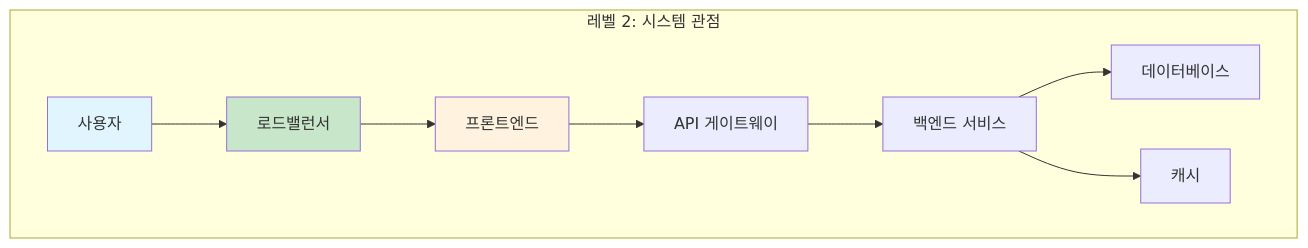
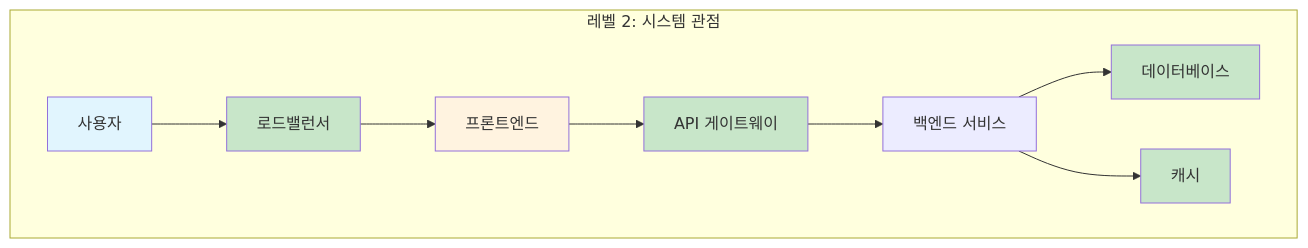
The second of 5 diagrams in theory/december/make_diagram/lecture/02_complexity_management.md (niceguy61/kdt_devops_lecture_2025), drawn with Mermaid before and after one commit.

````diff
--- a/theory/december/make_diagram/lecture/02_complexity_management.md
+++ b/theory/december/make_diagram/lecture/02_complexity_management.md
@@ -64,14 +64,19 @@
 ```mermaid
 graph TB
     subgraph "레벨 2: 시스템 관점"
         U2[사용자] --> LB[로드밸런서]
         LB --> FE[프론트엔드]
         FE --> API[API 게이트웨이]
         API --> BE[백엔드 서비스]
         BE --> DB[데이터베이스]
         BE --> C[캐시]
     end    
     style U2 fill:#e1f5fe
     style LB fill:#c8e6c9
     style FE fill:#fff3e0
+    style API fill:#c8e6c9
+    style DB fill:#c8e6c9
+    style C fill:#c8e6c9
+    style DB fill:#c8e6c9
+
 ```
````
